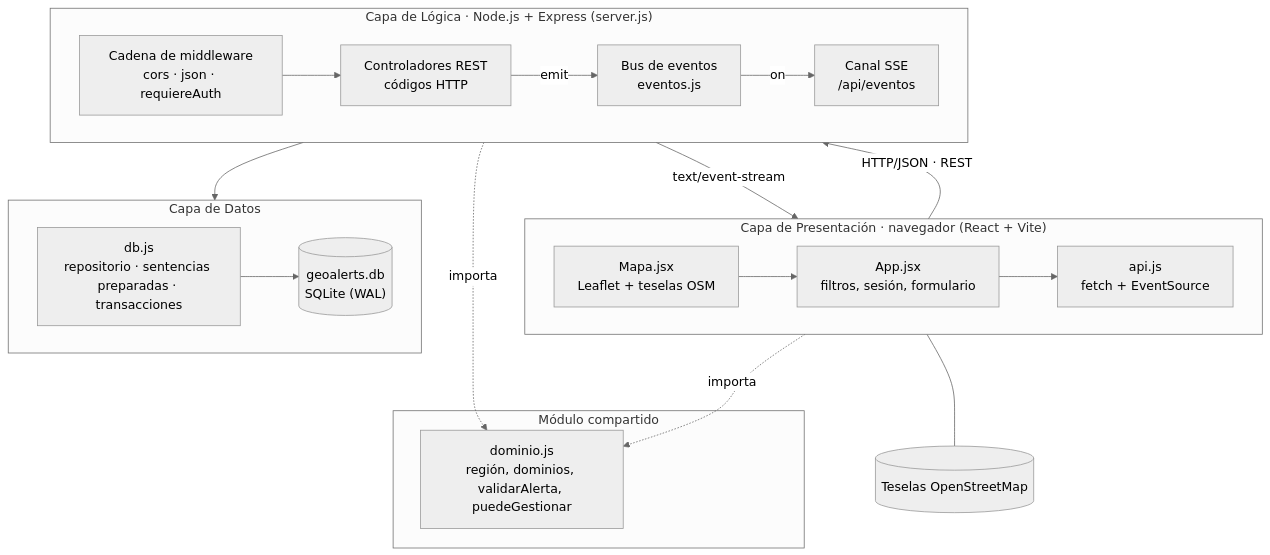
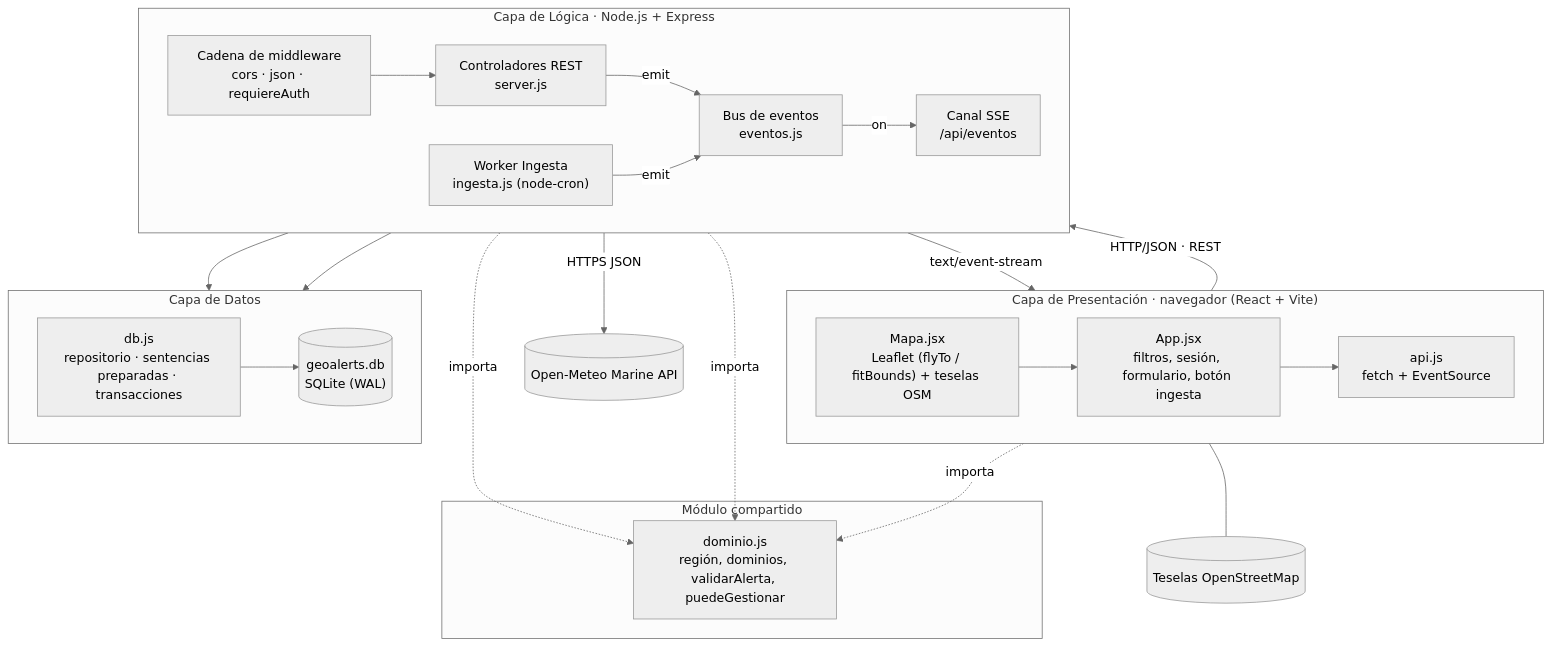
The fifth of 7 diagrams in docs/02-diseno-arquitectura.md (nachoo08/geoAlerts), drawn with Mermaid (neutral theme) before and after one commit. The commit also changed other lines of this file and 3 other files, not shown here.

````diff
--- a/docs/02-diseno-arquitectura.md
+++ b/docs/02-diseno-arquitectura.md
@@ -670,38 +714,44 @@
 ```mermaid
 flowchart TB
     subgraph P["Capa de Presentación · navegador (React + Vite)"]
         direction LR
-        P1["App.jsx<br/>filtros, sesión, formulario"]
-        P2["Mapa.jsx<br/>Leaflet + teselas OSM"]
+        P1["App.jsx<br/>filtros, sesión, formulario, botón ingesta"]
+        P2["Mapa.jsx<br/>Leaflet (flyTo / fitBounds) + teselas OSM"]
         P3["api.js<br/>fetch + EventSource"]
     end
     subgraph C["Módulo compartido"]
         C1["dominio.js<br/>región, dominios, validarAlerta, puedeGestionar"]
     end
-    subgraph L["Capa de Lógica · Node.js + Express (server.js)"]
+    subgraph L["Capa de Lógica · Node.js + Express"]
         direction LR
         L1["Cadena de middleware<br/>cors · json · requiereAuth"]
-        L2["Controladores REST<br/>códigos HTTP"]
+        L2["Controladores REST<br/>server.js"]
+        L5["Worker Ingesta<br/>ingesta.js (node-cron)"]
         L3["Bus de eventos<br/>eventos.js"]
         L4["Canal SSE<br/>/api/eventos"]
     end
     subgraph D["Capa de Datos"]
         direction LR
         D1["db.js<br/>repositorio · sentencias preparadas · transacciones"]
         D2[("geoalerts.db<br/>SQLite (WAL)")]
     end
     OSM[("Teselas OpenStreetMap")]
+    OM[("Open-Meteo Marine API")]
 
     P2 --- OSM
+    L5 -- "HTTPS JSON" --> OM
     P1 --> P3
     P2 --> P1
     P1 -. importa .-> C1
     L2 -. importa .-> C1
+    L5 -. importa .-> C1
     P3 -- "HTTP/JSON · REST" --> L1
     L1 --> L2
     L2 --> D1
+    L5 --> D1
     L2 -- emit --> L3
+    L5 -- emit --> L3
     L3 -- on --> L4
     L4 -- "text/event-stream" --> P3
     D1 --> D2
 ```
````
